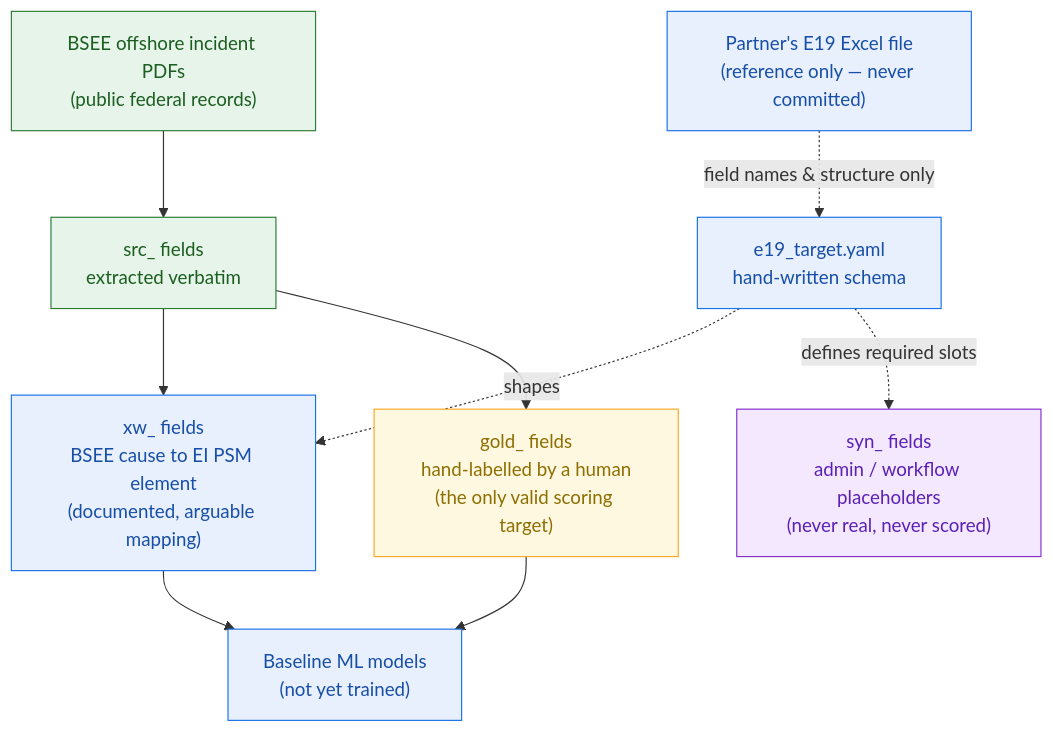
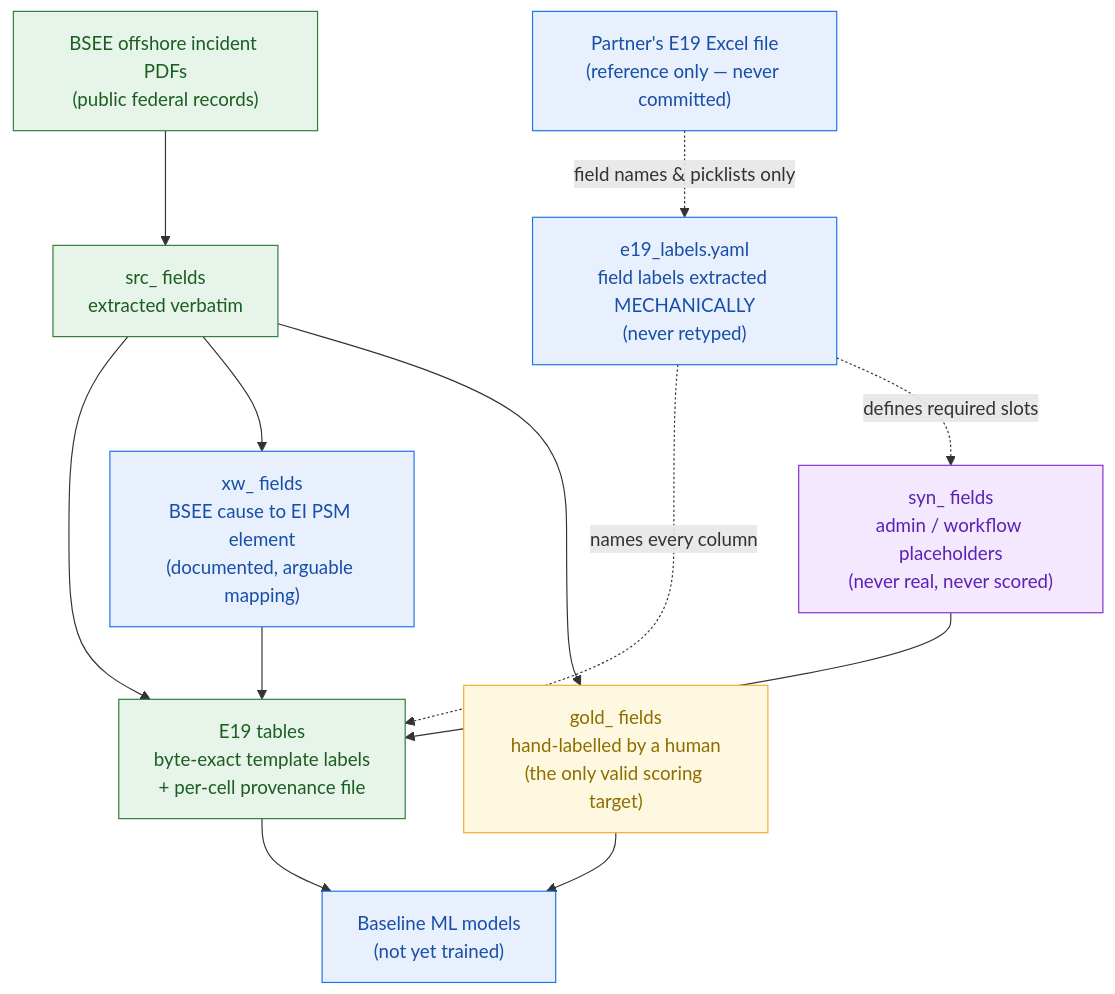
The diagram in README.md (ectologx88/psm-incident-ml), drawn with Mermaid before and after one commit. The commit also changed other lines of this file and 2 other files, not shown here.

````diff
--- a/README.md
+++ b/README.md
@@ -17,25 +17,29 @@
 ```mermaid
 flowchart TB
     BSEE["BSEE offshore incident PDFs<br/>(public federal records)"]:::real
     SRC["src_ fields<br/>extracted verbatim"]:::real
     E19FILE["Partner's E19 Excel file<br/>(reference only — never committed)"]:::structure
-    SCHEMA["e19_target.yaml<br/>hand-written schema"]:::structure
+    SCHEMA["e19_labels.yaml<br/>field labels extracted MECHANICALLY<br/>(never retyped)"]:::structure
+    PROJ["E19 tables<br/>byte-exact template labels<br/>+ per-cell provenance file"]:::real
     XW["xw_ fields<br/>BSEE cause to EI PSM element<br/>(documented, arguable mapping)"]:::structure
     SYN["syn_ fields<br/>admin / workflow placeholders<br/>(never real, never scored)"]:::synth
     GOLD["gold_ fields<br/>hand-labelled by a human<br/>(the only valid scoring target)"]:::gold
     MODEL["Baseline ML models<br/>(not yet trained)"]:::structure
 
     BSEE --> SRC
-    E19FILE -. field names & structure only .-> SCHEMA
+    E19FILE -. field names & picklists only .-> SCHEMA
+    SRC --> PROJ
+    SCHEMA -. names every column .-> PROJ
     SRC --> XW
-    SCHEMA -. shapes .-> XW
+    XW --> PROJ
     SCHEMA -. defines required slots .-> SYN
+    SYN --> PROJ
     SRC --> GOLD
-    XW --> MODEL
+    PROJ --> MODEL
     GOLD --> MODEL
 
     classDef real fill:#e6f4ea,stroke:#2e7d32,color:#1b5e20;
     classDef structure fill:#e8f0fe,stroke:#1a73e8,color:#174ea6;
     classDef synth fill:#f3e8fd,stroke:#8430ce,color:#5b21b6;
     classDef gold fill:#fff8e1,stroke:#f9a825,color:#8d6e00;
 ```
````
